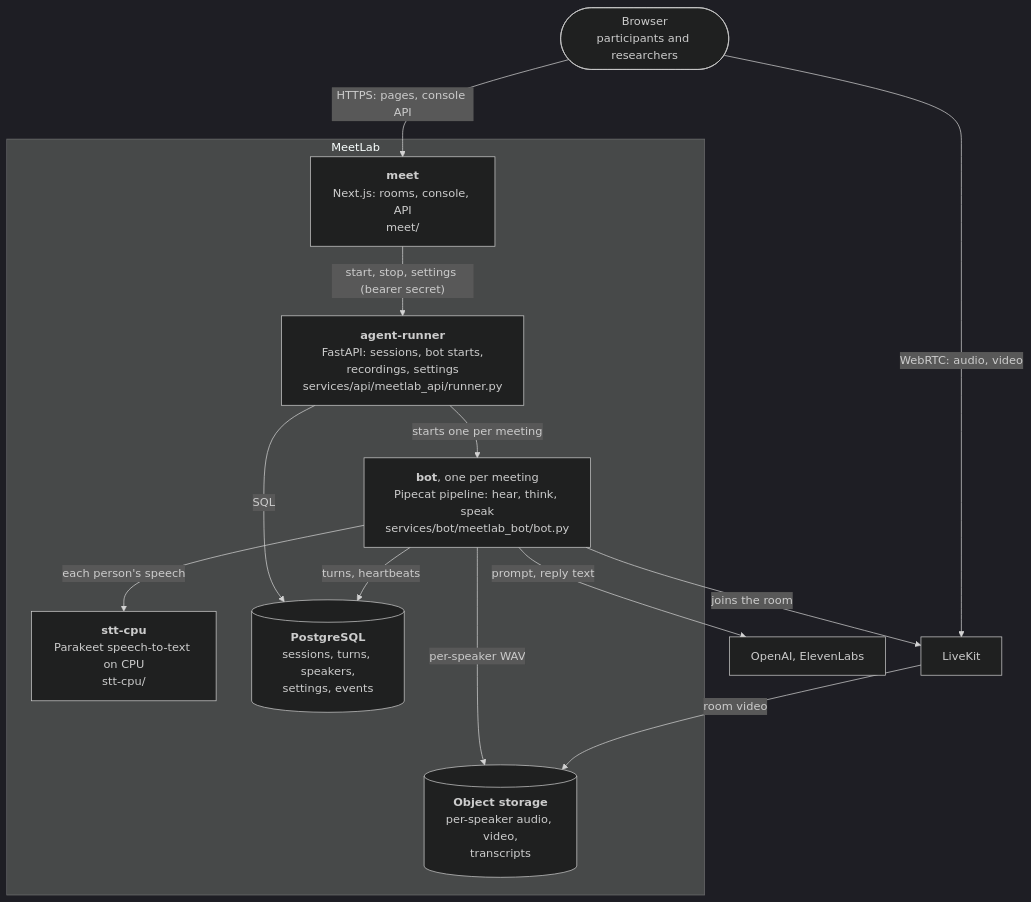
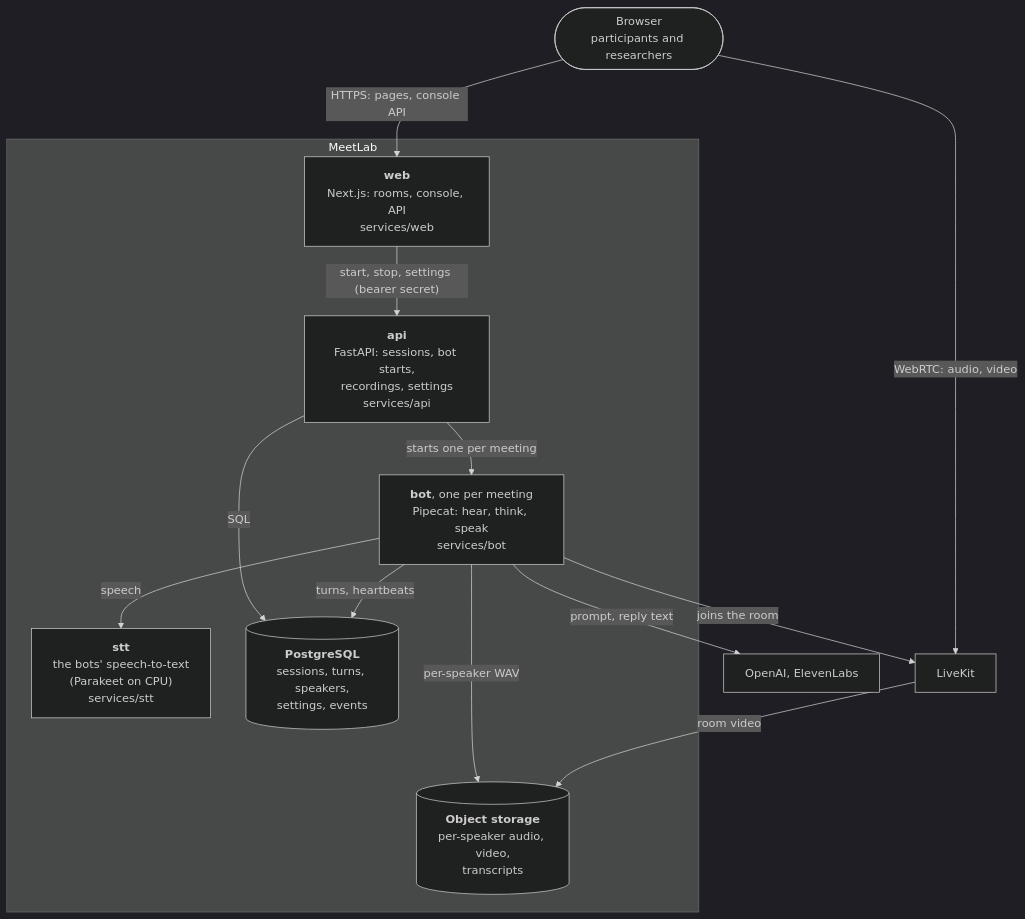
One commit to wwbp/MeetLab changed the second of 4 diagrams in README.md. Above: the diagram before and after it, drawn with Mermaid (dark theme). The commit also changed other lines of this file and 175 other files, not shown here.

First line of the commit message:
refactor: meet -> services/web, stt-cpu -> services/stt; README diagrams by C4 level

````diff
--- a/README.md
+++ b/README.md
@@ -68,25 +68,25 @@
 ```mermaid
 flowchart TB
   browser(["Browser<br/>participants and researchers"])
   subgraph system["MeetLab"]
-    meet["<b>meet</b><br/>Next.js: rooms, console, API<br/>meet/"]
-    runner["<b>agent-runner</b><br/>FastAPI: sessions, bot starts,<br/>recordings, settings<br/>services/api/meetlab_api/runner.py"]
-    bots["<b>bot</b>, one per meeting<br/>Pipecat pipeline: hear, think, speak<br/>services/bot/meetlab_bot/bot.py"]
-    stt["<b>stt-cpu</b><br/>Parakeet speech-to-text on CPU<br/>stt-cpu/"]
+    web["<b>web</b><br/>Next.js: rooms, console, API<br/>services/web"]
+    api["<b>api</b><br/>FastAPI: sessions, bot starts,<br/>recordings, settings<br/>services/api"]
+    bots["<b>bot</b>, one per meeting<br/>Pipecat: hear, think, speak<br/>services/bot"]
+    stt["<b>stt</b><br/>the bots' speech-to-text<br/>(Parakeet on CPU)<br/>services/stt"]
     db[("<b>PostgreSQL</b><br/>sessions, turns, speakers,<br/>settings, events")]
     store[("<b>Object storage</b><br/>per-speaker audio, video,<br/>transcripts")]
   end
   livekit["LiveKit"]
   vendors["OpenAI, ElevenLabs"]
-  browser -- "HTTPS: pages, console API" --> meet
+  browser -- "HTTPS: pages, console API" --> web
   browser -- "WebRTC: audio, video" --> livekit
-  meet -- "start, stop, settings (bearer secret)" --> runner
-  runner -- "starts one per meeting" --> bots
-  runner -- "SQL" --> db
+  web -- "start, stop, settings (bearer secret)" --> api
+  api -- "starts one per meeting" --> bots
+  api -- "SQL" --> db
   bots -- "joins the room" --> livekit
-  bots -- "each person's speech" --> stt
+  bots -- "speech" --> stt
   bots -- "turns, heartbeats" --> db
   bots -- "per-speaker WAV" --> store
   bots -- "prompt, reply text" --> vendors
   livekit -- "room video" --> store
 ```
````
